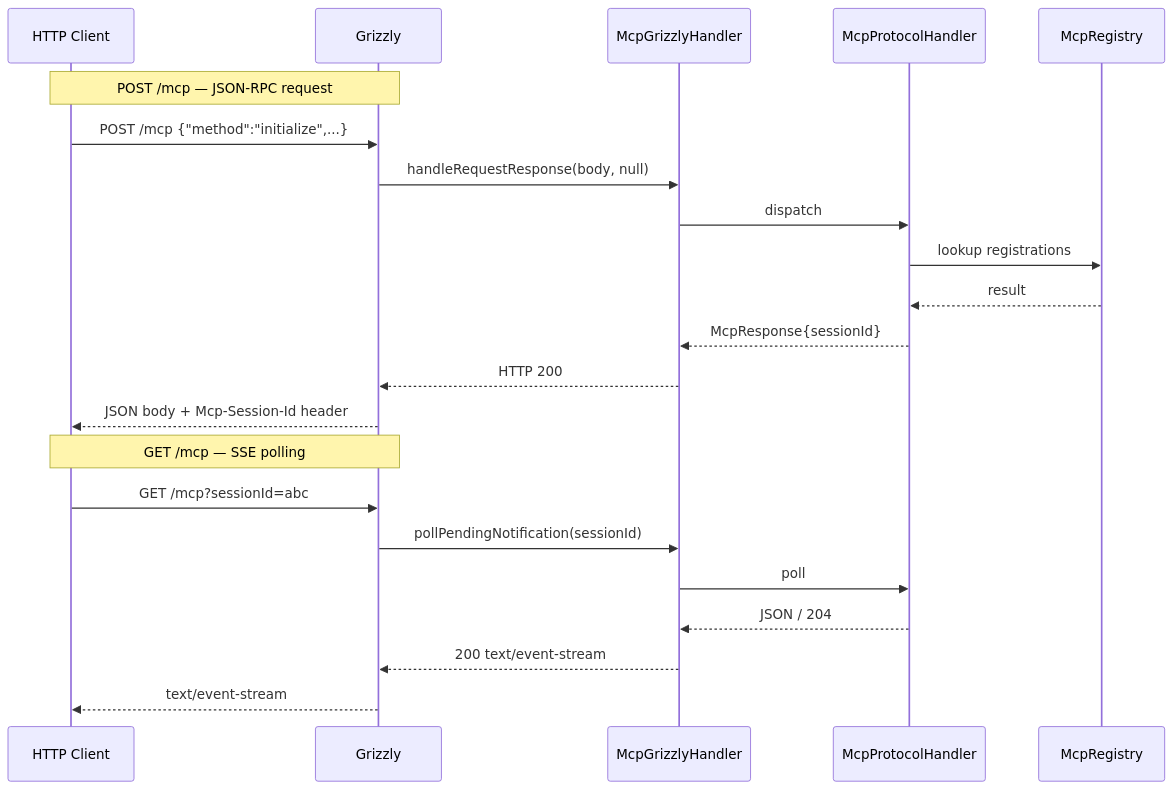
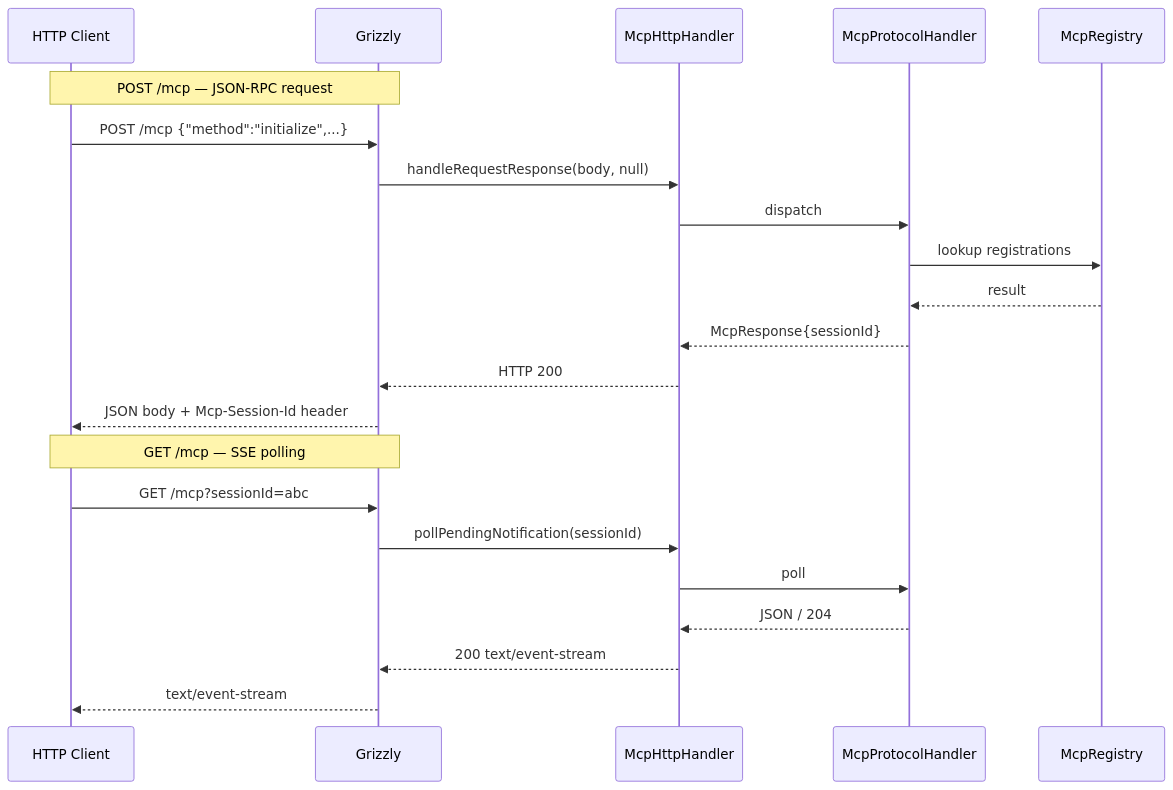
One commit to vinhphan812/mcp-java-sdk changed the first of 2 diagrams in docs/guides/HTTP-TRANSPORT-EXAMPLE.md. Above: the diagram before and after it, drawn with Mermaid. The commit also changed 2 other files, not shown here.

First paragraph of the commit message:
docs: replace stale IMPLEMENTATION-STATUS.md with canonical capability matrix
Replaced the erroneous ADR-0011 implementation plan that had been saved to
IMPLEMENTATION-STATUS.md with a source-backed capability matrix.

````diff
--- a/docs/guides/HTTP-TRANSPORT-EXAMPLE.md
+++ b/docs/guides/HTTP-TRANSPORT-EXAMPLE.md
@@ -10,26 +10,26 @@
 ```mermaid
 sequenceDiagram
     participant C as HTTP Client
     participant G as Grizzly
-    participant H as McpGrizzlyHandler
+    participant H as McpHttpHandler
     participant P as McpProtocolHandler
     participant R as McpRegistry
 
     Note over C,G: POST /mcp — JSON-RPC request
     C->>G: POST /mcp {"method":"initialize",...}
     G->>H: handleRequestResponse(body, null)
     H->>P: dispatch
     P->>R: lookup registrations
     R-->>P: result
     P-->>H: McpResponse{sessionId}
     H-->>G: HTTP 200
     G-->>C: JSON body + Mcp-Session-Id header
 
     Note over C,G: GET /mcp — SSE polling
     C->>G: GET /mcp?sessionId=abc
     G->>H: pollPendingNotification(sessionId)
     H->>P: poll
     P-->>H: JSON / 204
     H-->>G: 200 text/event-stream
     G-->>C: text/event-stream
 ```
````
